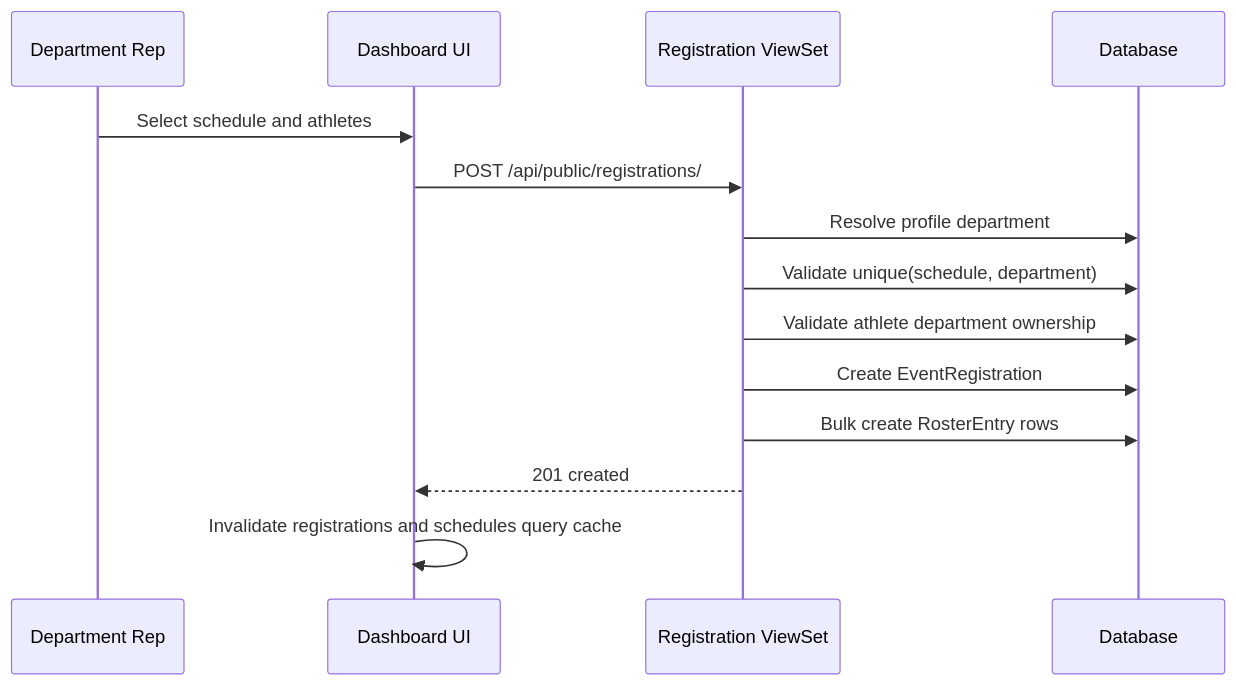
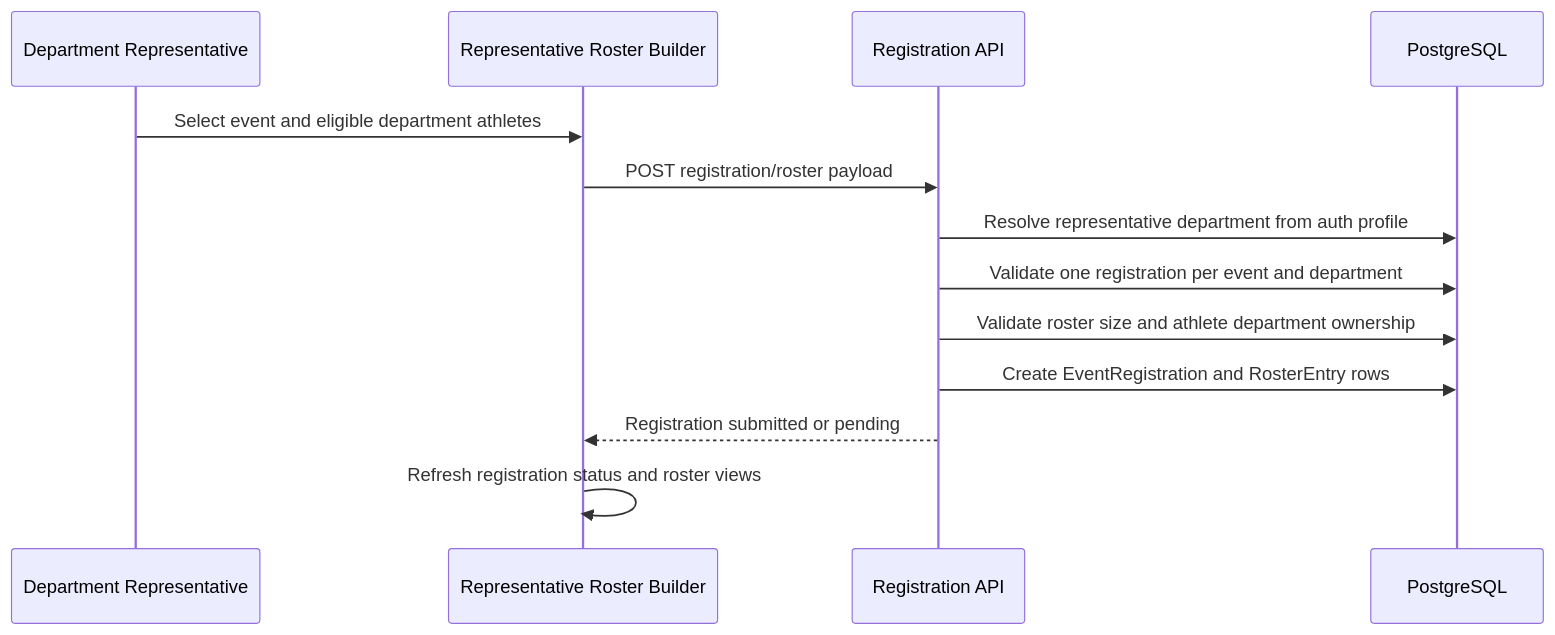
One commit to avocadoise/EnvergaArena changed the seventh of 14 diagrams in architecture/06-runtime-flows.md. Above: the diagram before and after it, drawn with Mermaid. The commit also changed other lines of this file and 1 other file, not shown here.

Commit message:
feat: enhance security documentation with detailed authentication flow and token management

````diff
--- a/architecture/06-runtime-flows.md
+++ b/architecture/06-runtime-flows.md
@@ -50,17 +165,16 @@
 ```mermaid
 sequenceDiagram
-    participant R as Department Rep
-    participant FE as Dashboard UI
-    participant API as Registration ViewSet
-    participant DB as Database
+    participant R as Department Representative
+    participant FE as Representative Roster Builder
+    participant API as Registration API
+    participant DB as PostgreSQL
 
-    R->>FE: Select schedule and athletes
-    FE->>API: POST /api/public/registrations/
-    API->>DB: Resolve profile department
-    API->>DB: Validate unique(schedule, department)
-    API->>DB: Validate athlete department ownership
-    API->>DB: Create EventRegistration
-    API->>DB: Bulk create RosterEntry rows
-    API-->>FE: 201 created
-    FE->>FE: Invalidate registrations and schedules query cache
+    R->>FE: Select event and eligible department athletes
+    FE->>API: POST registration/roster payload
+    API->>DB: Resolve representative department from auth profile
+    API->>DB: Validate one registration per event and department
+    API->>DB: Validate roster size and athlete department ownership
+    API->>DB: Create EventRegistration and RosterEntry rows
+    API-->>FE: Registration submitted or pending
+    FE->>FE: Refresh registration status and roster views
 ```
````
